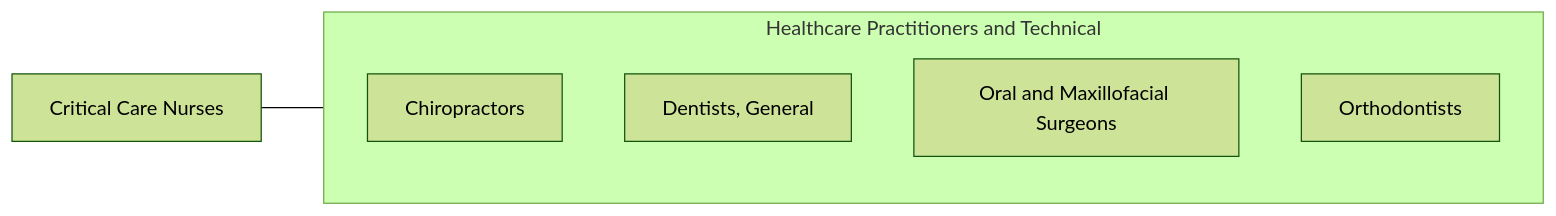
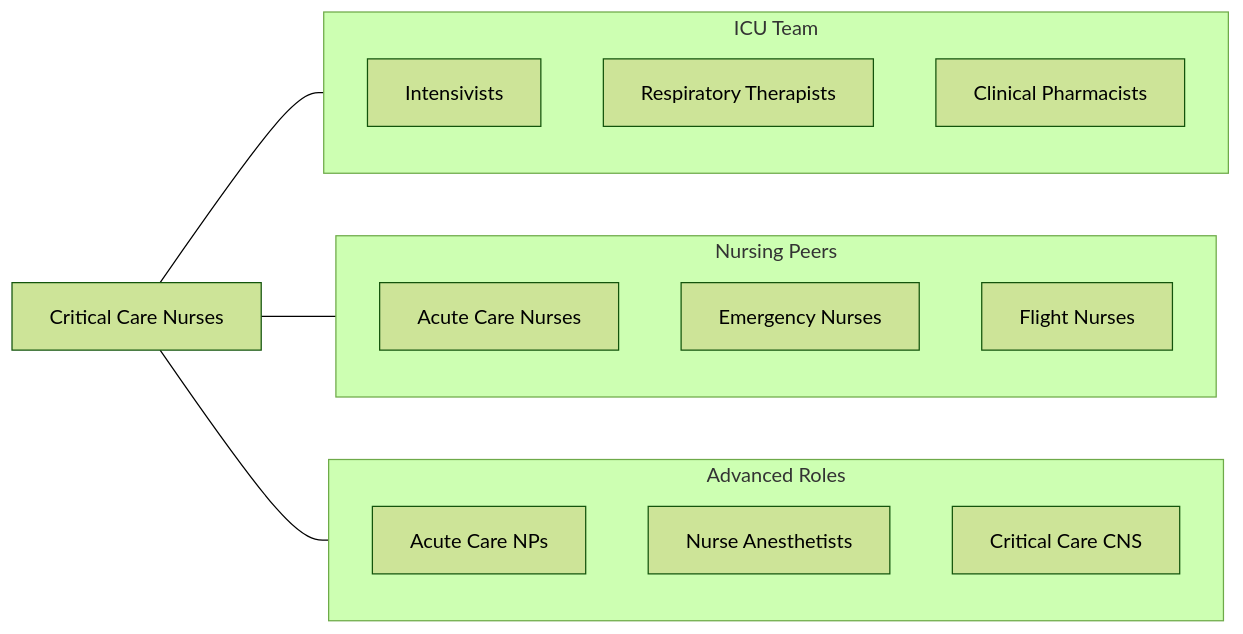
The fourth of 4 diagrams in occupations/HealthcarePractitioners/CriticalCareNurses.mdx (kziemski/business.org.ai), drawn with Mermaid (forest theme) before and after one commit. The commit also changed other lines of this file and 938 other files, not shown here.

````diff
--- a/occupations/HealthcarePractitioners/CriticalCareNurses.mdx
+++ b/occupations/HealthcarePractitioners/CriticalCareNurses.mdx
@@ -115,13 +224,26 @@
 ```mermaid
 graph LR
     Current["Critical Care Nurses"]
 
-    subgraph SameCategory["Healthcare Practitioners and Technical"]
-        Chiropractors["Chiropractors"]
-        DentistsGeneral["Dentists, General"]
-        OralAndMaxillofacial["Oral and Maxillofacial Surgeons"]
-        Orthodontists["Orthodontists"]
+    subgraph ICUTeam["ICU Team"]
+        Intensivist["Intensivists"]
+        RT["Respiratory Therapists"]
+        Pharmacists["Clinical Pharmacists"]
     end
 
-    Current --- SameCategory
+    subgraph NursingPeers["Nursing Peers"]
+        AcuteCare["Acute Care Nurses"]
+        EmergNurse["Emergency Nurses"]
+        FlightNurse["Flight Nurses"]
+    end
+
+    subgraph AdvancedRoles["Advanced Roles"]
+        ACNP["Acute Care NPs"]
+        CRNA["Nurse Anesthetists"]
+        CNS["Critical Care CNS"]
+    end
+
+    Current --- ICUTeam
+    Current --- NursingPeers
+    Current --- AdvancedRoles
 ```
````
